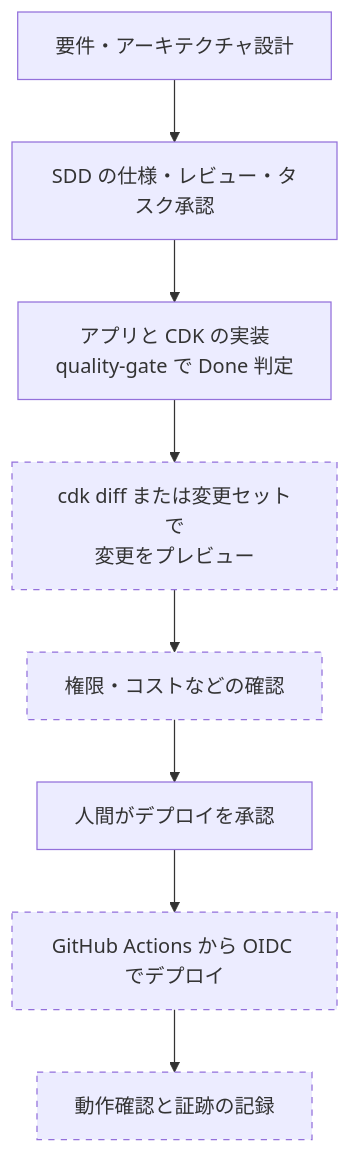
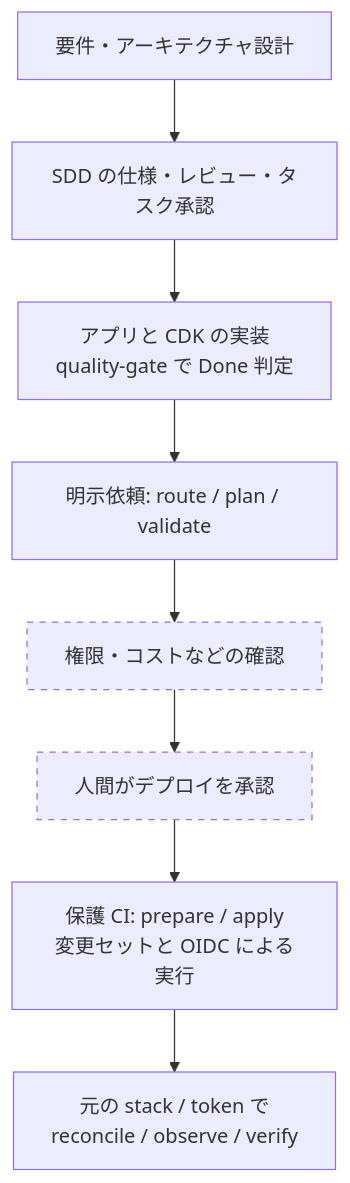
One commit to aharada54914/sdd-forge changed the diagram in docs/cloud/aws.md. Above: the diagram before and after it, drawn with Mermaid. The commit also changed other lines of this file and 206 other files, not shown here.

````diff
--- a/docs/cloud/aws.md
+++ b/docs/cloud/aws.md
@@ -17,13 +19,13 @@
 ```mermaid
 flowchart TD
     A["要件・アーキテクチャ設計"] --> B["SDD の仕様・レビュー・タスク承認"]
     B --> C["アプリと CDK の実装<br/>quality-gate で Done 判定"]
-    C --> D["cdk diff または変更セットで<br/>変更をプレビュー"]
+    C --> D["明示依頼: route / plan / validate"]
     D --> E["権限・コストなどの確認"]
     E --> F["人間がデプロイを承認"]
-    F --> G["GitHub Actions から OIDC でデプロイ"]
-    G --> H["動作確認と証跡の記録"]
+    F --> G["保護 CI: prepare / apply<br/>変更セットと OIDC による実行"]
+    G --> H["元の stack / token で<br/>reconcile / observe / verify"]
 
     classDef external stroke-dasharray: 5 5
-    class D,E,G,H external
+    class E,F external
 ```
````
